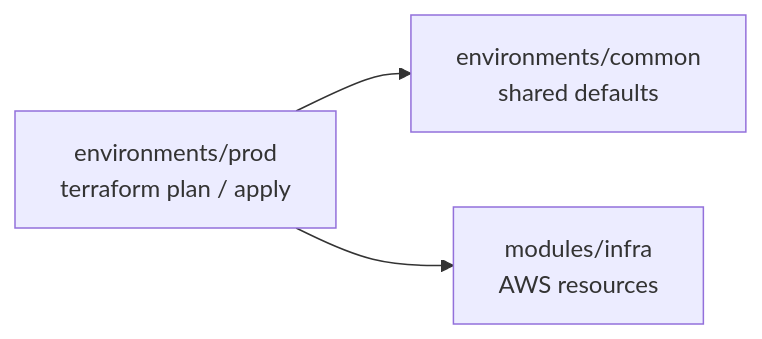
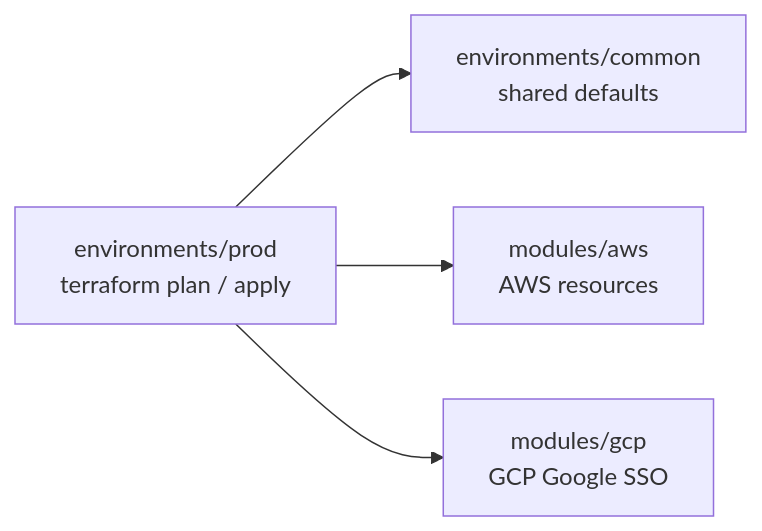
The eighth of 8 diagrams in docs/architecture.md (mazarsju/teacher-wang-infra), drawn with Mermaid before and after one commit. The commit also changed other lines of this file and 20 other files, not shown here.

Commit message:
rename 'infra' folder into 'aws' since we have now 'gcp' also

````diff
--- a/docs/architecture.md
+++ b/docs/architecture.md
@@ -288,9 +289,11 @@
 ```mermaid
 flowchart LR
   ProdRoot["environments/prod<br/>terraform plan / apply"]
   Common["environments/common<br/>shared defaults"]
-  Infra["modules/infra<br/>AWS resources"]
+  AWS["modules/aws<br/>AWS resources"]
+  GCP["modules/gcp<br/>GCP Google SSO"]
 
   ProdRoot --> Common
-  ProdRoot --> Infra
+  ProdRoot --> AWS
+  ProdRoot --> GCP
 ```
````
